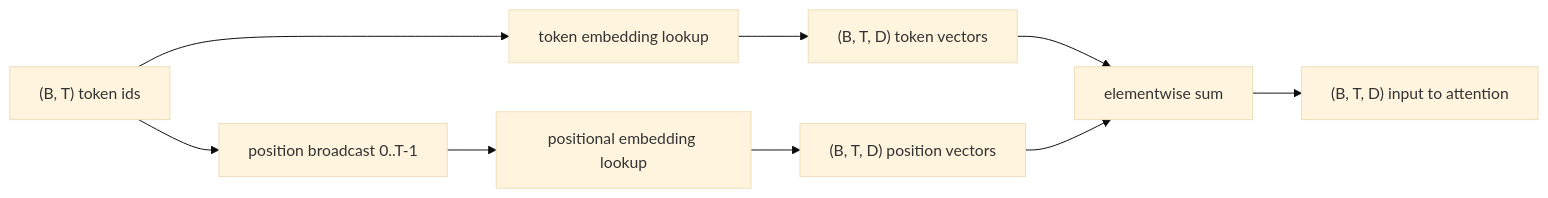
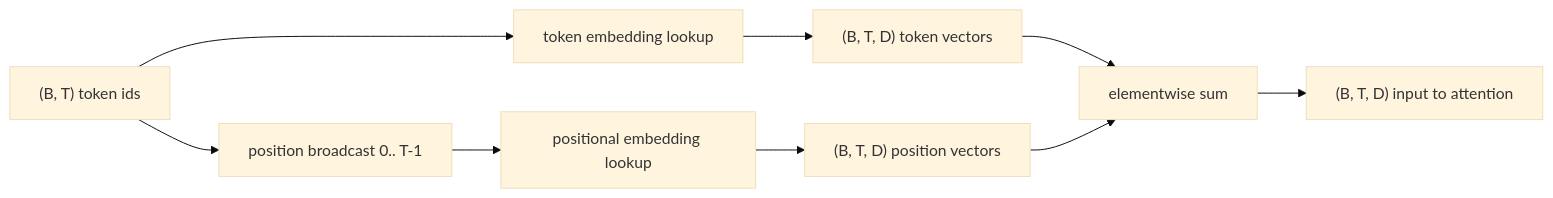
Before and after one commit to burakpehlivan-se/ai-engineering-from-scratch: the first of 2 diagrams in phases/19-capstone-projects/32-token-positional-embeddings/docs/tr.md, drawn with Mermaid (base theme). The commit also changed other lines of this file and 476 other files, not shown here.

````diff
--- a/phases/19-capstone-projects/32-token-positional-embeddings/docs/tr.md
+++ b/phases/19-capstone-projects/32-token-positional-embeddings/docs/tr.md
@@ -30,11 +30,11 @@
 ```mermaid
 flowchart LR
-    A["(B, T) token ids"] --> B[token embedding lookup]
-    B --> C["(B, T, D) token vectors"]
-    A --> D[position broadcast 0..T-1]
-    D --> E[positional embedding lookup]
-    E --> F["(B, T, D) position vectors"]
-    C --> G[elementwise sum]
-    F --> G
-    G --> H["(B, T, D) input to attention"]
+ A["(B, T) token ids"] --> B[token embedding lookup]
+ B --> C["(B, T, D) token vectors"]
+ A --> D[position broadcast 0.. T-1]
+ D --> E[positional embedding lookup]
+ E --> F["(B, T, D) position vectors"]
+ C --> G[elementwise sum]
+ F --> G
+ G --> H["(B, T, D) input to attention"]
 ```
````
